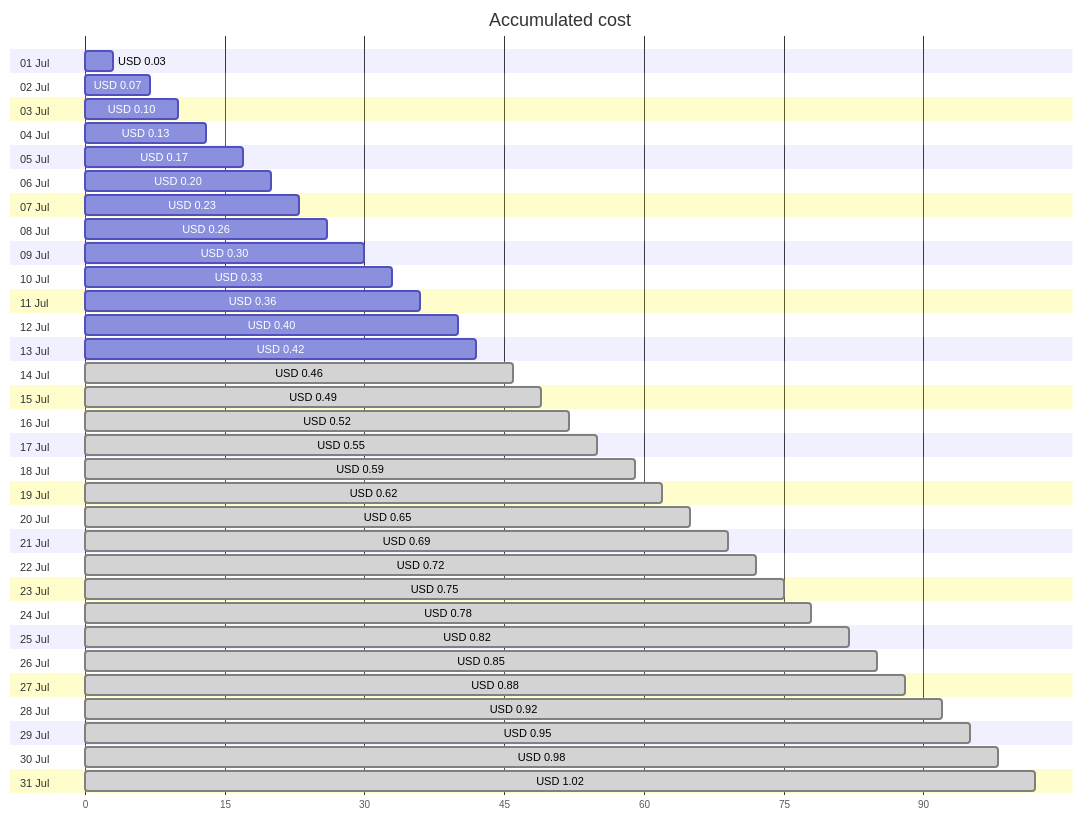
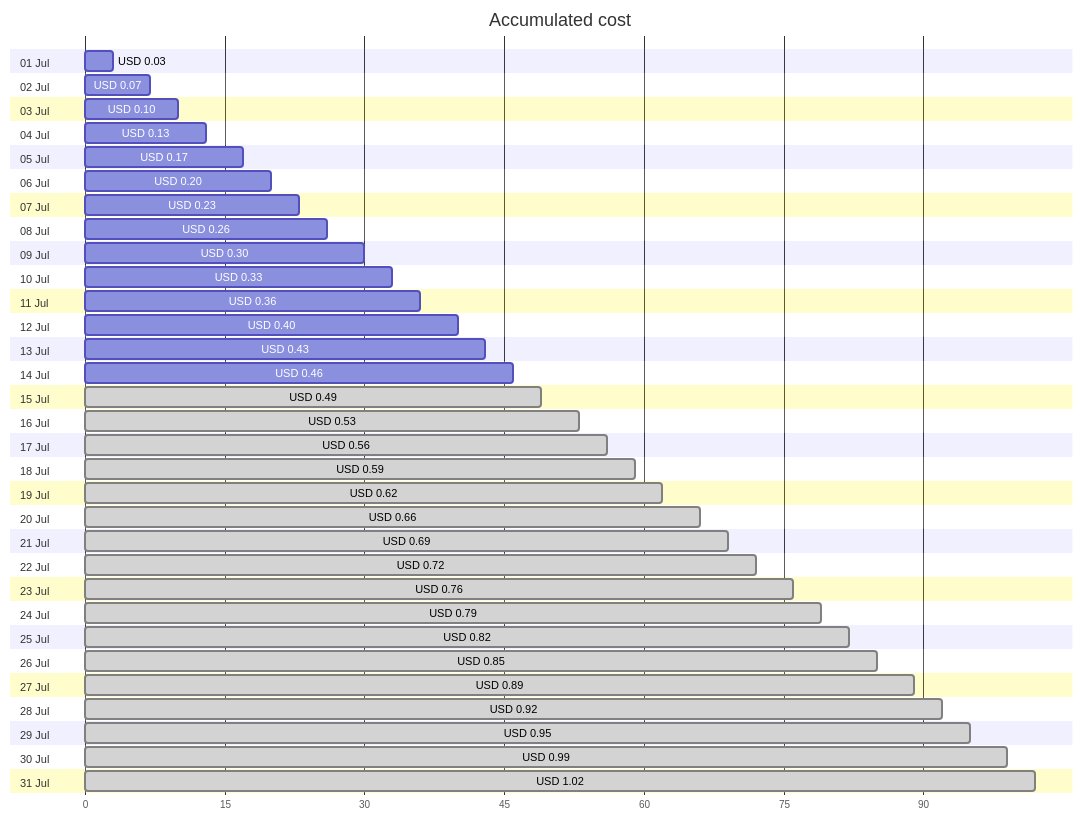
The first of 4 diagrams in cost-reports/personal-dns/README.md (jpfulton/azure-personal-reports), drawn with Mermaid before and after one commit. The commit also changed other lines of this file and 2 other files, not shown here.

````diff
--- a/cost-reports/personal-dns/README.md
+++ b/cost-reports/personal-dns/README.md
@@ -20,68 +20,68 @@
 ```mermaid
 gantt
    title Accumulated cost
    dateFormat  X
    axisFormat %s
    section 01 Jul
    USD 0.03 :0, 3
    section 02 Jul
    USD 0.07 :0, 7
    section 03 Jul
    USD 0.10 :0, 10
    section 04 Jul
    USD 0.13 :0, 13
    section 05 Jul
    USD 0.17 :0, 17
    section 06 Jul
    USD 0.20 :0, 20
    section 07 Jul
    USD 0.23 :0, 23
    section 08 Jul
    USD 0.26 :0, 26
    section 09 Jul
    USD 0.30 :0, 30
    section 10 Jul
    USD 0.33 :0, 33
    section 11 Jul
    USD 0.36 :0, 36
    section 12 Jul
    USD 0.40 :0, 40
    section 13 Jul
-   USD 0.42 :0, 42
+   USD 0.43 :0, 43
    section 14 Jul
-   USD 0.46 : done, 0, 46
+   USD 0.46 :0, 46
    section 15 Jul
    USD 0.49 : done, 0, 49
    section 16 Jul
-   USD 0.52 : done, 0, 52
+   USD 0.53 : done, 0, 53
    section 17 Jul
-   USD 0.55 : done, 0, 55
+   USD 0.56 : done, 0, 56
    section 18 Jul
    USD 0.59 : done, 0, 59
    section 19 Jul
    USD 0.62 : done, 0, 62
    section 20 Jul
-   USD 0.65 : done, 0, 65
+   USD 0.66 : done, 0, 66
    section 21 Jul
    USD 0.69 : done, 0, 69
    section 22 Jul
    USD 0.72 : done, 0, 72
    section 23 Jul
-   USD 0.75 : done, 0, 75
+   USD 0.76 : done, 0, 76
    section 24 Jul
-   USD 0.78 : done, 0, 78
+   USD 0.79 : done, 0, 79
    section 25 Jul
    USD 0.82 : done, 0, 82
    section 26 Jul
    USD 0.85 : done, 0, 85
    section 27 Jul
-   USD 0.88 : done, 0, 88
+   USD 0.89 : done, 0, 89
    section 28 Jul
    USD 0.92 : done, 0, 92
    section 29 Jul
    USD 0.95 : done, 0, 95
    section 30 Jul
-   USD 0.98 : done, 0, 98
+   USD 0.99 : done, 0, 99
    section 31 Jul
    USD 1.02 : done, 0, 102
 ```
````
